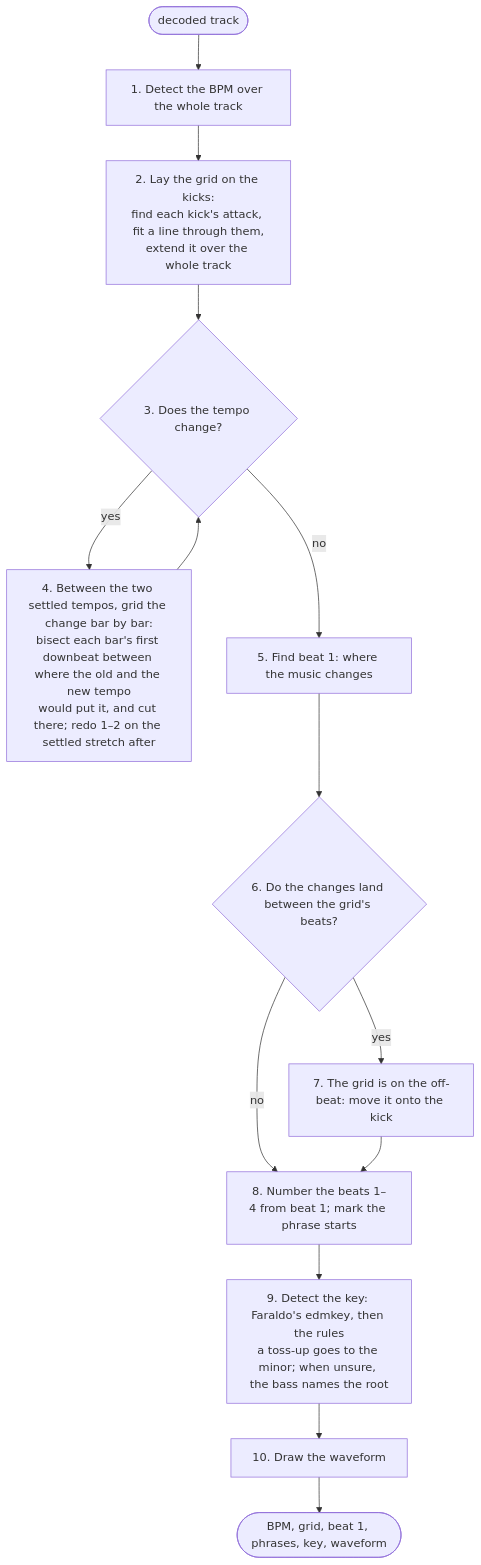
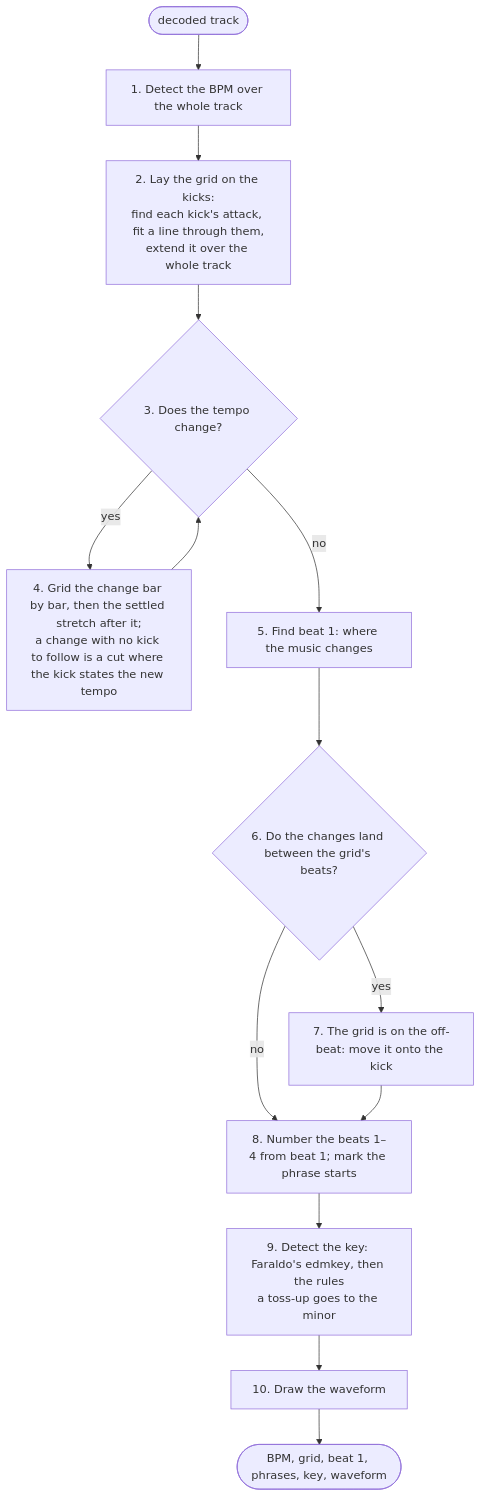
Before and after one commit to Wirlax/rbxport: the diagram in crates/rbl-analysis/README.md, drawn with Mermaid. The commit also changed other lines of this file and 8 other files, not shown here.

````diff
--- a/crates/rbl-analysis/README.md
+++ b/crates/rbl-analysis/README.md
@@ -14,16 +13,16 @@
 ```mermaid
 flowchart TD
     S([decoded track]) --> A[1. Detect the BPM over the whole track]
     A --> B[2. Lay the grid on the kicks:<br/>find each kick's attack, fit a line through them,<br/>extend it over the whole track]
     B --> Q1{3. Does the tempo change?}
-    Q1 -- yes --> C[4. Between the two settled tempos, grid the change bar by bar:<br/>bisect each bar's first downbeat between where the old and the new tempo<br/>would put it, and cut there; redo 1–2 on the settled stretch after]
+    Q1 -- yes --> C[4. Grid the change bar by bar, then the settled stretch after it;<br/>a change with no kick to follow is a cut where the kick states the new tempo]
     C --> Q1
     Q1 -- no --> D[5. Find beat 1: where the music changes]
     D --> Q2{6. Do the changes land between the grid's beats?}
     Q2 -- yes --> E[7. The grid is on the off-beat: move it onto the kick]
     Q2 -- no --> F
     E --> F[8. Number the beats 1–4 from beat 1; mark the phrase starts]
-    F --> G[9. Detect the key: Faraldo's edmkey, then the rules<br/>a toss-up goes to the minor; when unsure, the bass names the root]
+    F --> G[9. Detect the key: Faraldo's edmkey, then the rules<br/>a toss-up goes to the minor]
     G --> H[10. Draw the waveform]
     H --> T([BPM, grid, beat 1, phrases, key, waveform])
 ```
````
